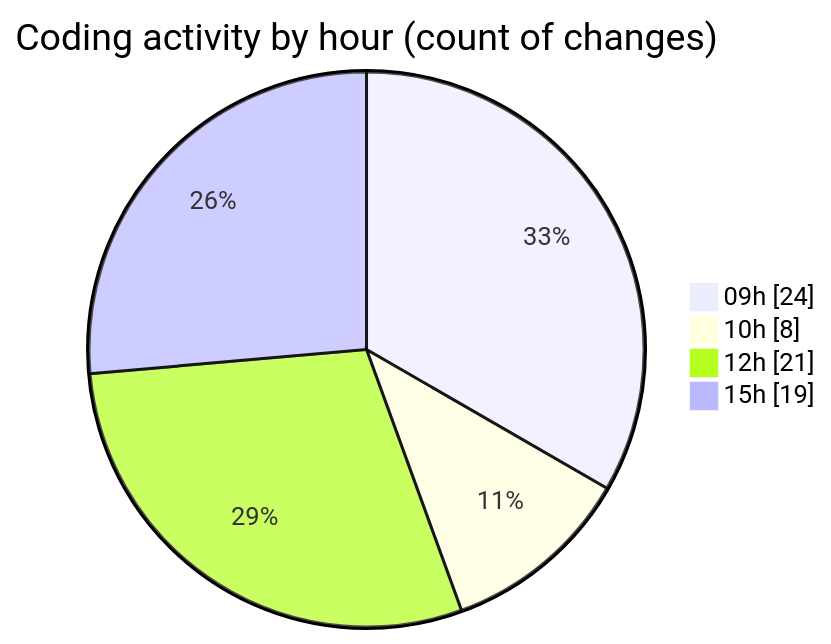
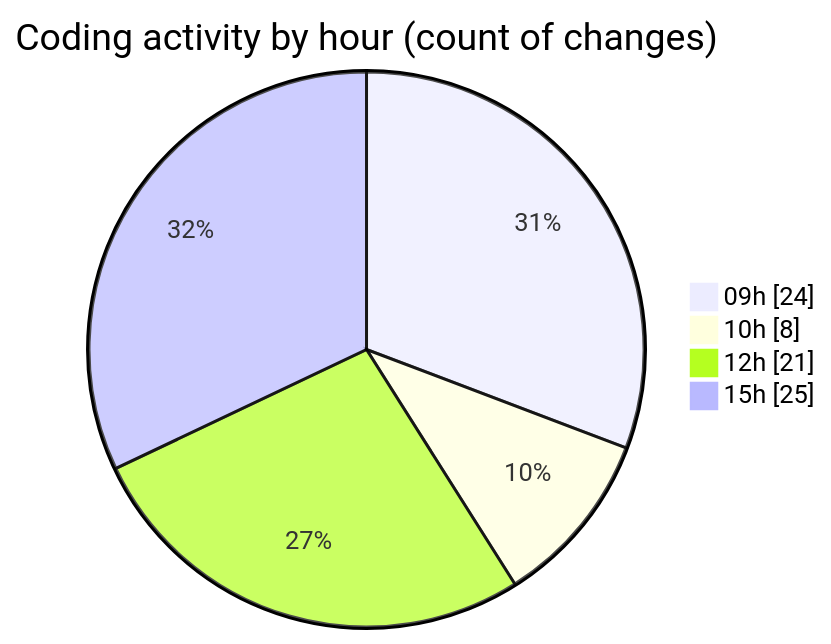
The second of 2 diagrams in 2025-08-18/rentotp/README.md (lephambinh05/code-tracking), drawn with Mermaid before and after one commit. The commit also changed other lines of this file and 1 other file, not shown here.

````diff
--- a/2025-08-18/rentotp/README.md
+++ b/2025-08-18/rentotp/README.md
@@ -59,8 +62,8 @@
 ```mermaid
 pie showData
 title Coding activity by hour (count of changes)
 "09h" : 24
 "10h" : 8
 "12h" : 21
-"15h" : 19
+"15h" : 25
 ```
````
